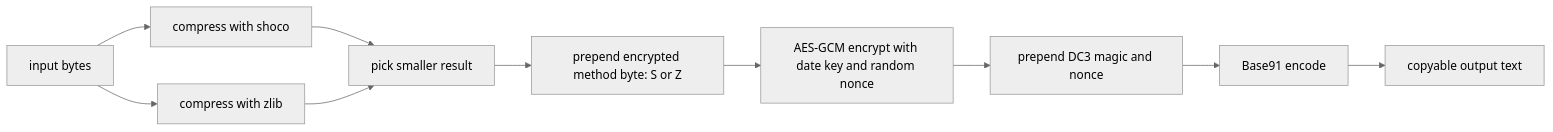
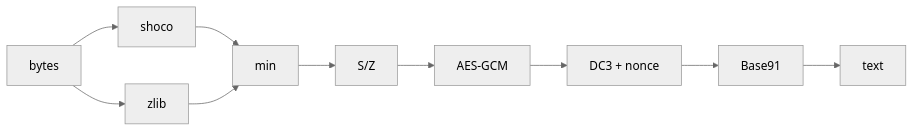
One commit to smprather/text-serdes changed the first of 2 diagrams in README.md. Above: the diagram before and after it, drawn with Mermaid (neutral theme). The commit also changed other lines of this file, not shown here.

Commit message:
Shorten README diagram labels

````diff
--- a/README.md
+++ b/README.md
@@ -64,12 +64,12 @@
 ```mermaid
 flowchart LR
-    A["input bytes"] --> B["compress with shoco"]
-    A --> C["compress with zlib"]
-    B --> D["pick smaller result"]
+    A["bytes"] --> B["shoco"]
+    A --> C["zlib"]
+    B --> D["min"]
     C --> D
-    D --> E["prepend encrypted method byte: S or Z"]
-    E --> F["AES-GCM encrypt with date key and random nonce"]
-    F --> G["prepend DC3 magic and nonce"]
-    G --> H["Base91 encode"]
-    H --> I["copyable output text"]
+    D --> E["S/Z"]
+    E --> F["AES-GCM"]
+    F --> G["DC3 + nonce"]
+    G --> H["Base91"]
+    H --> I["text"]
 ```
````
